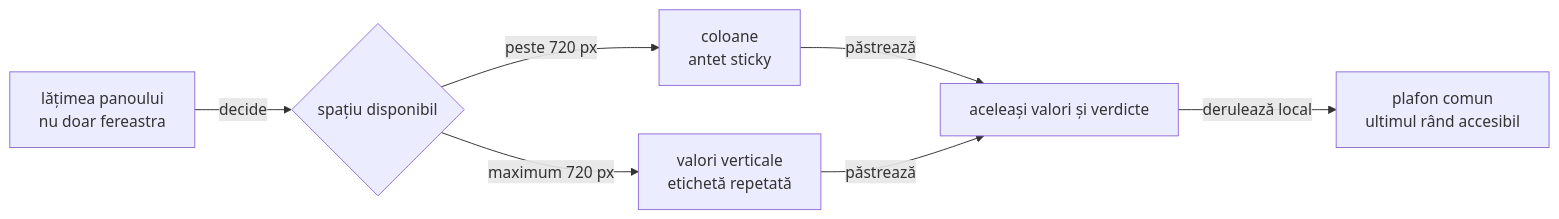
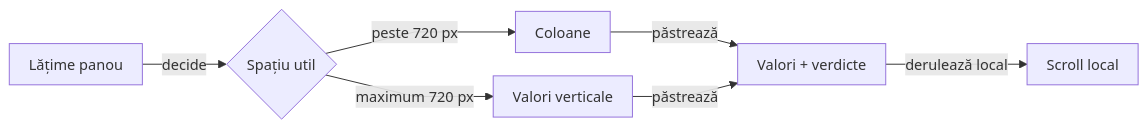
Diagram 14 of 14 in atf-reporting/README.md (crististefanita/atf_j0), drawn with Mermaid before and after one commit. The commit also changed other lines of this file and 97 other files, not shown here.

````diff
--- a/atf-reporting/README.md
+++ b/atf-reporting/README.md
@@ -1486,9 +1622,10 @@
 ```mermaid
+%%{init: {"themeVariables":{"fontSize":"15px"},"themeCSS":".nodeLabel, .nodeLabel p { font-size: 15px !important; line-height: 1.35 !important; } .edgeLabel, .edgeLabel p { font-size: 12px !important; font-weight: 400 !important; line-height: 1.2 !important; } .edgeLabel .labelBkg, .edgeLabel p { background: transparent !important; } .edgeLabel foreignObject { transform: translateY(-28px); overflow: visible; } .node rect { rx: 6px; ry: 6px; }","flowchart":{"curve":"linear","nodeSpacing":24,"rankSpacing":40,"padding":10,"diagramPadding":24}}}%%
 flowchart LR
-    Width["lățimea panoului<br/>nu doar fereastra"] -->|decide| Layout{"spațiu disponibil"}
-    Layout -->|peste 720 px| Columns["coloane<br/>antet sticky"]
-    Layout -->|maximum 720 px| Rows["valori verticale<br/>etichetă repetată"]
-    Columns -->|păstrează| Evidence["aceleași valori și verdicte"]
+    Width["Lățime panou"] -->|decide| Layout{"Spațiu util"}
+    Layout -->|peste 720 px| Columns["Coloane"]
+    Layout -->|maximum 720 px| Rows["Valori verticale"]
+    Columns -->|păstrează| Evidence["Valori + verdicte"]
     Rows -->|păstrează| Evidence
-    Evidence -->|derulează local| Audit["plafon comun<br/>ultimul rând accesibil"]
+    Evidence -->|derulează local| Audit["Scroll local"]
 ```
````
